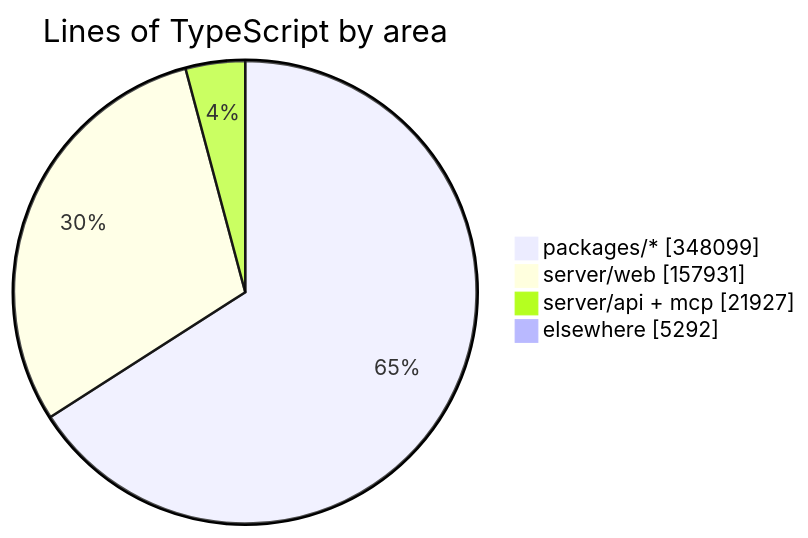
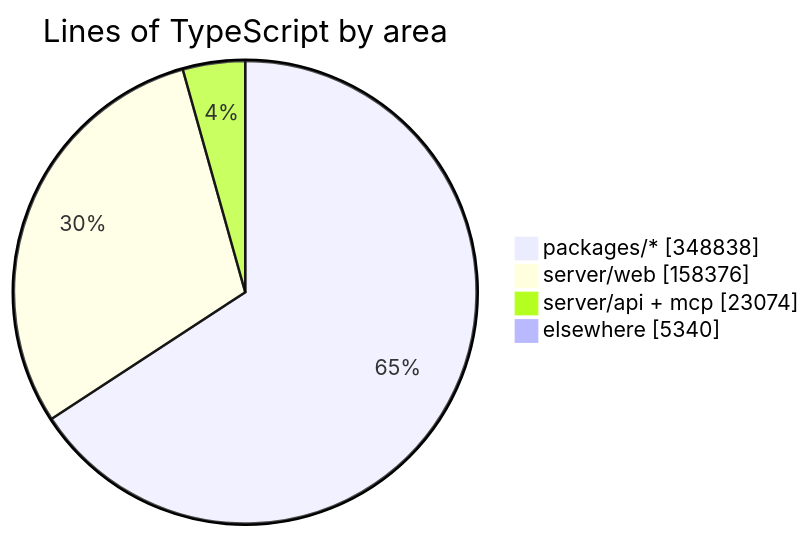
The diagram in README.md (crossworks-engineering/mantle), drawn with Mermaid before and after one commit. The commit also changed other lines of this file and 2 other files, not shown here.

````diff
--- a/README.md
+++ b/README.md
@@ -294,7 +294,7 @@
 ```mermaid
 pie showData title Lines of TypeScript by area
-    "packages/*" : 348099
-    "server/web" : 157931
-    "server/api + mcp" : 21927
-    "elsewhere" : 5292
+    "packages/*" : 348838
+    "server/web" : 158376
+    "server/api + mcp" : 23074
+    "elsewhere" : 5340
 ```
````
